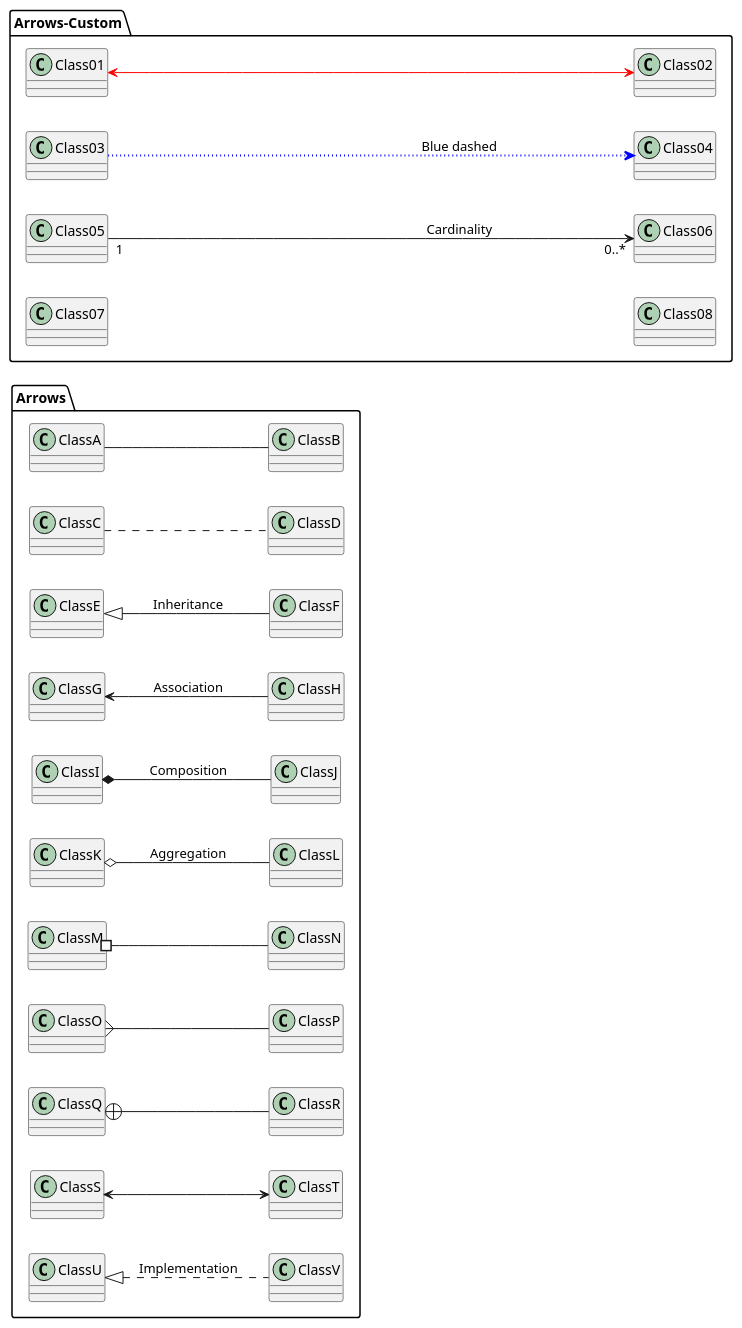
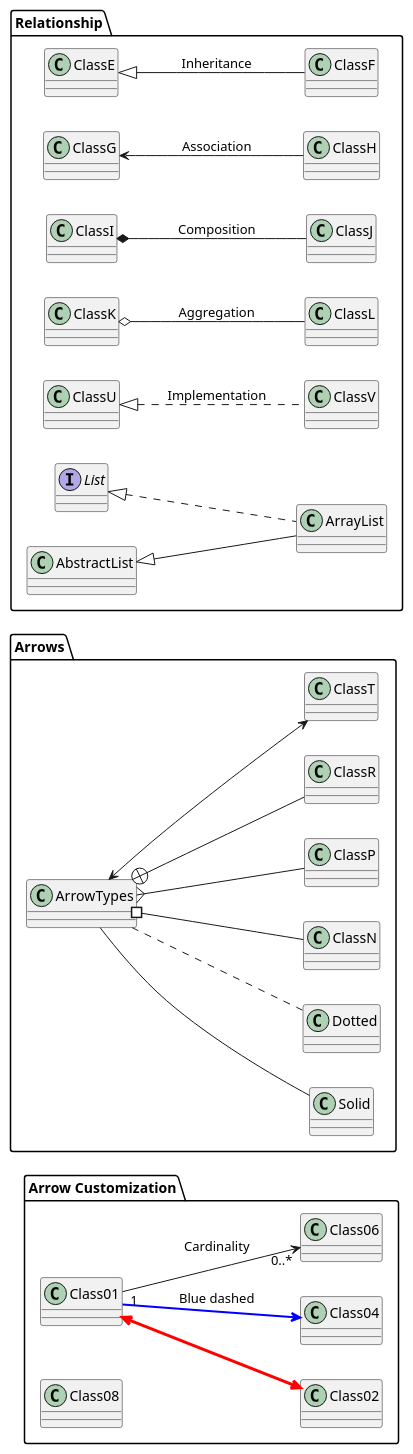
One commit to chaitenyay/plantuml changed the diagram in class-diagram/relationship.puml. Above: the diagram before and after it, drawn with PlantUML.

Commit message:
Class relationship

```diff
--- a/class-diagram/relationship.puml
+++ b/class-diagram/relationship.puml
@@ -1,30 +1,41 @@
 @startuml class-relationship
 
 package "Arrows" {
     left to right direction
-    ClassA -- ClassB
-    ClassC .. ClassD
+    ArrowTypes -- Solid
+    ArrowTypes .. Dotted    
+    ArrowTypes #-- ClassN
+    ArrowTypes }-- ClassP
+    ArrowTypes +-- ClassR
+    ArrowTypes <--> ClassT
+}
+
+package "Relationship" {
+    left to right direction
+
+
     ClassE <|-- ClassF: Inheritance
     ClassG <-- ClassH : Association
     ClassI *-- ClassJ : Composition
     ClassK o-- ClassL : Aggregation
-    ClassM #-- ClassN
-    ClassO }-- ClassP
-    ClassQ +-- ClassR
-    ClassS <--> ClassT
     ClassU <|.. ClassV: Implementation
+
+    class ArrayList implements List
+    class ArrayList extends AbstractList
+
 }
 
-package "Arrows-Custom" {
+
+package "Arrow Customization" {
     left to right direction
-    Class01 <--[#red]--> Class02
-    Class03 --[#blue,dotted,thickness=2]--> Class04 : Blue dashed
-    Class05 "1" ----> "0..*" Class06: Cardinality
-    Class07 --[hidden]-- Class08: Hidden line for adjustment
+    Class01 <-[#red,thickness=3]-> Class02
+    Class01 -[#blue,dotted,bold]-> Class04 : Blue dashed
+    Class01 "1" --> "0..*" Class06: Cardinality
+    Class01 -left[hidden]- Class08: Hidden line for adjustment
        
 }
         
     
 
 
 @endum
```
